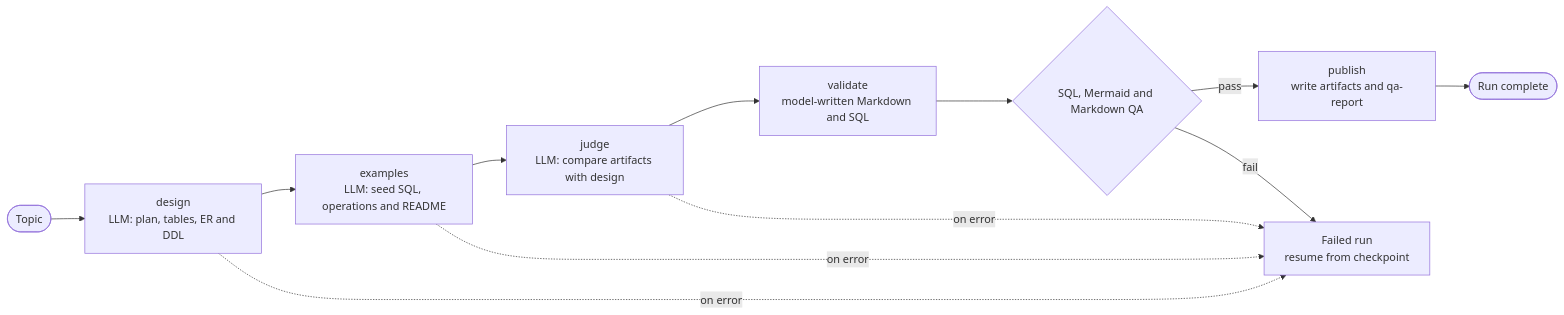
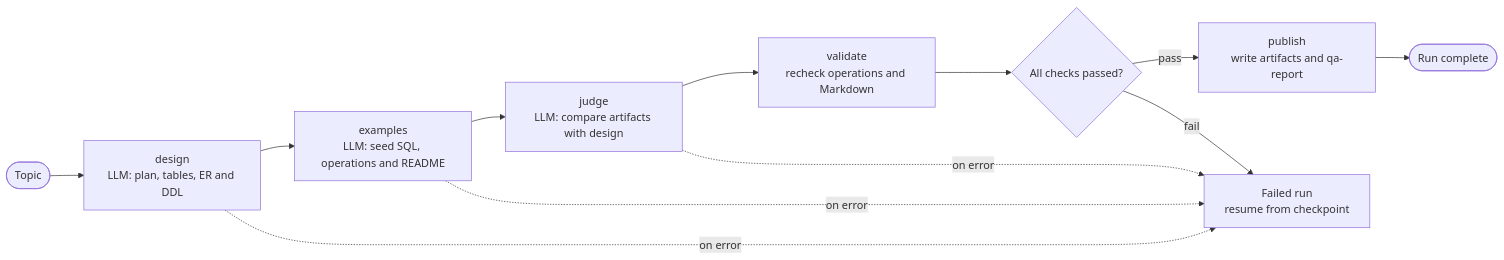
Before and after one commit to edikjs/db-pet-gen: the first of 2 diagrams in README.md, drawn with Mermaid. The commit also changed other lines of this file, not shown here.

````diff
--- a/README.md
+++ b/README.md
@@ -51,14 +175,14 @@
 ```mermaid
 flowchart LR
     T(["Topic"]) --> D["design<br/>LLM: plan, tables, ER and DDL"]
     D --> X["examples<br/>LLM: seed SQL, operations and README"]
     X --> J["judge<br/>LLM: compare artifacts with design"]
-    J --> V["validate<br/>model-written Markdown and SQL"]
-    V --> Q{"SQL, Mermaid and Markdown QA"}
+    J --> V["validate<br/>recheck operations and Markdown"]
+    V --> Q{"All checks passed?"}
     Q -- pass --> P["publish<br/>write artifacts and qa-report"]
     Q -- fail --> F["Failed run<br/>resume from checkpoint"]
     P --> Z(["Run complete"])
     D -. on error .-> F
     X -. on error .-> F
     J -. on error .-> F
 ```
````
